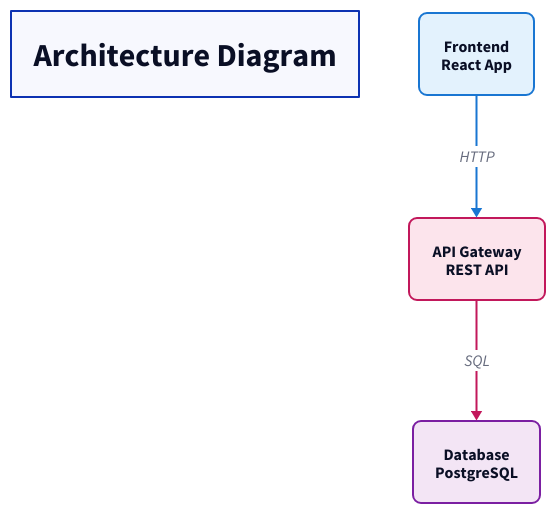
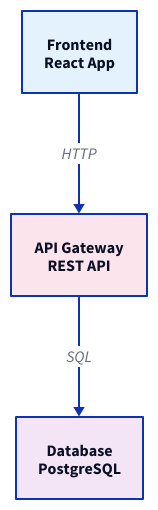
One commit to neongreen/mono changed the diagram in diagram-dsl/examples/d2/architecture-diagram.d2. Above: the diagram before and after it, drawn with D2. The commit also changed 21 other files, not shown here.

```diff
--- a/diagram-dsl/examples/d2/architecture-diagram.d2
+++ b/diagram-dsl/examples/d2/architecture-diagram.d2
@@ -1,40 +1,19 @@
 # Architecture Diagram
 # Equivalent to architecture-diagram.svg from diagram-dsl
 
 direction: down
 
-title: Architecture Diagram {
-  style.font-size: 32
-  style.bold: true
-}
-
 frontend: Frontend\nReact App {
   style.fill: "#e3f2fd"
-  style.stroke: "#1976d2"
-  style.stroke-width: 2
-  style.border-radius: 8
 }
 
 api: API Gateway\nREST API {
   style.fill: "#fce4ec"
-  style.stroke: "#c2185b"
-  style.stroke-width: 2
-  style.border-radius: 8
 }
 
 database: Database\nPostgreSQL {
   style.fill: "#f3e5f5"
-  style.stroke: "#7b1fa2"
-  style.stroke-width: 2
-  style.border-radius: 8
 }
 
-frontend -> api: HTTP {
-  style.stroke: "#1976d2"
-  style.stroke-width: 2
-}
-
-api -> database: SQL {
-  style.stroke: "#c2185b"
-  style.stroke-width: 2
-}
+frontend -> api: HTTP
+api -> database: SQL
```
